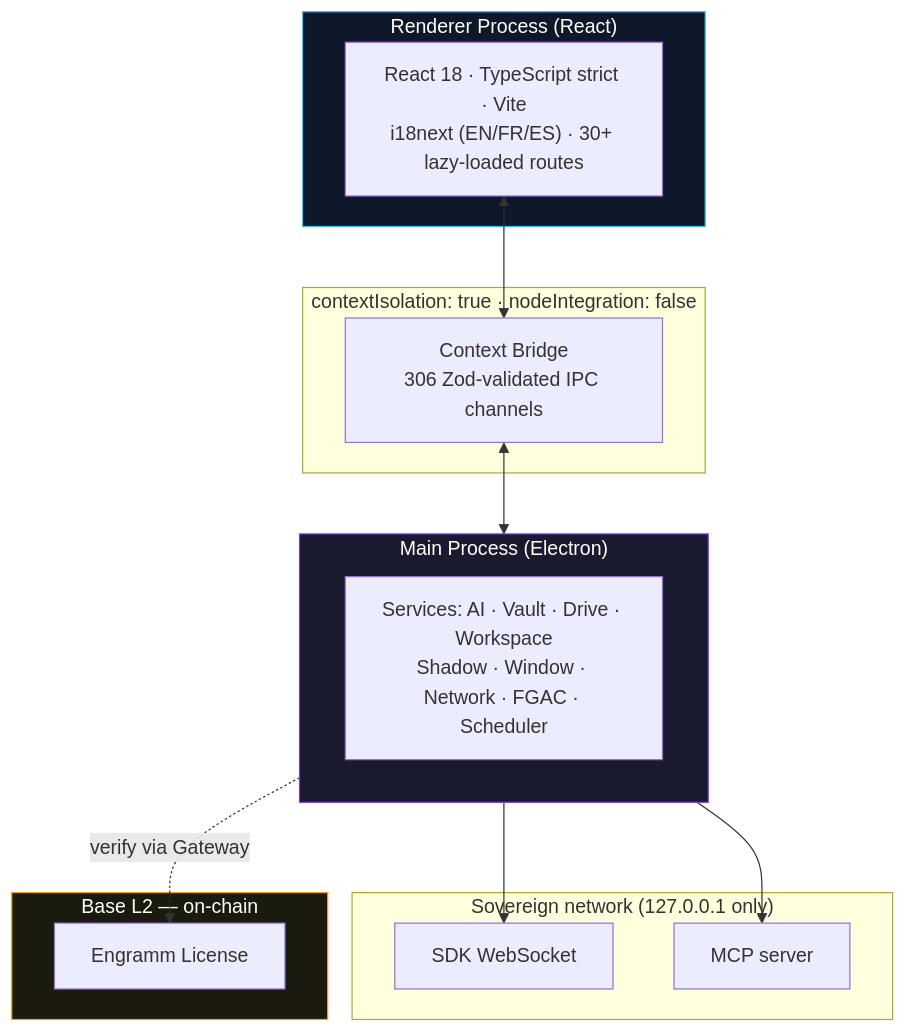
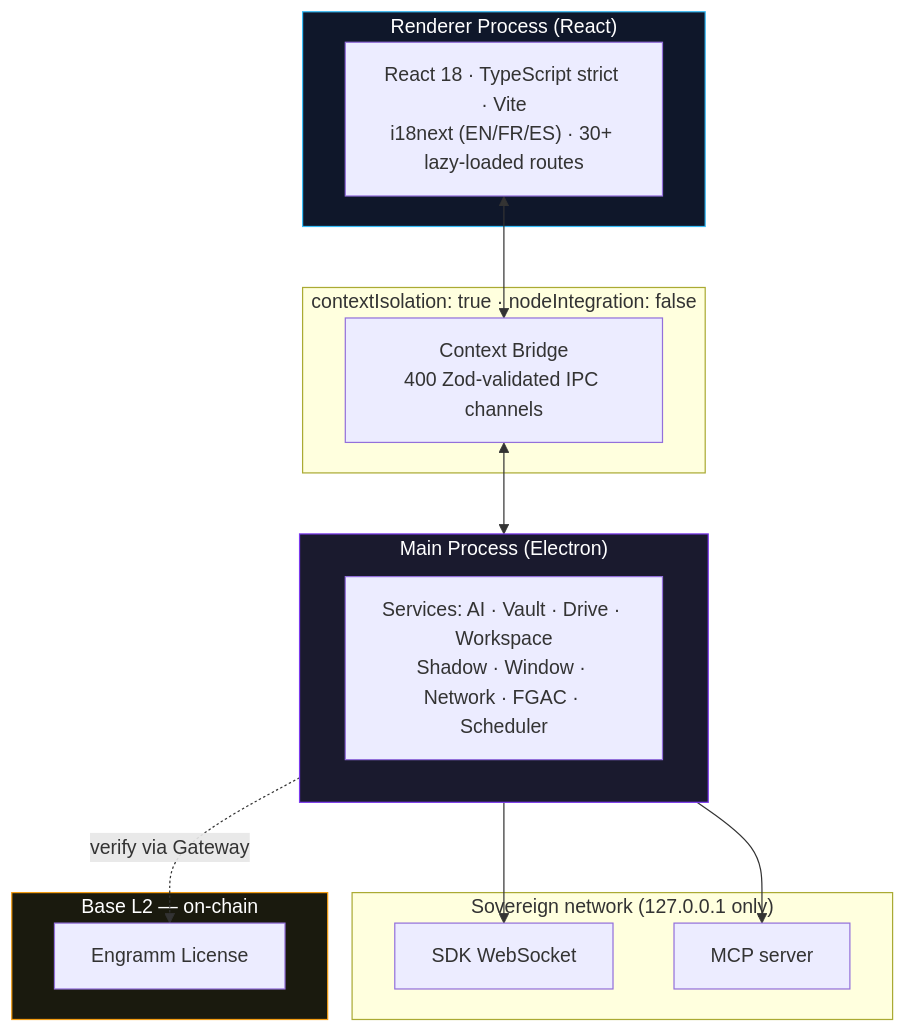
One commit to Mnemosyne-OS/Mnemosyne-Neural-OS changed the second of 3 diagrams in README.md. Above: the diagram before and after it, drawn with Mermaid. The commit also changed other lines of this file, not shown here.

First line of the commit message:
docs: align IPC channel count to 400 everywhere

````diff
--- a/README.md
+++ b/README.md
@@ -378,33 +378,33 @@
 ```mermaid
 flowchart TB
     subgraph Renderer["Renderer Process (React)"]
         UI["React 18 · TypeScript strict · Vite<br/>i18next (EN/FR/ES) · 30+ lazy-loaded routes"]
     end
 
     subgraph Bridge["contextIsolation: true · nodeIntegration: false"]
-        CB["Context Bridge<br/>306 Zod-validated IPC channels"]
+        CB["Context Bridge<br/>400 Zod-validated IPC channels"]
     end
 
     subgraph Main["Main Process (Electron)"]
         SVC["Services: AI · Vault · Drive · Workspace<br/>Shadow · Window · Network · FGAC · Scheduler"]
     end
 
     subgraph Net["Sovereign network (127.0.0.1 only)"]
         SDKWS["SDK WebSocket"]
         MCP["MCP server"]
     end
 
     subgraph Chain["Base L2 — on-chain"]
         ENGRAMM["Engramm License"]
     end
 
     UI <--> CB
     CB <--> Main
     Main --> SDKWS
     Main --> MCP
     Main -. verify via Gateway .-> ENGRAMM
 
     style Main fill:#1a1a2e,stroke:#7c3aed,color:#fff
     style Renderer fill:#0f172a,stroke:#38bdf8,color:#fff
     style Chain fill:#1a1a0e,stroke:#f39c12,color:#fff
 ```
````
